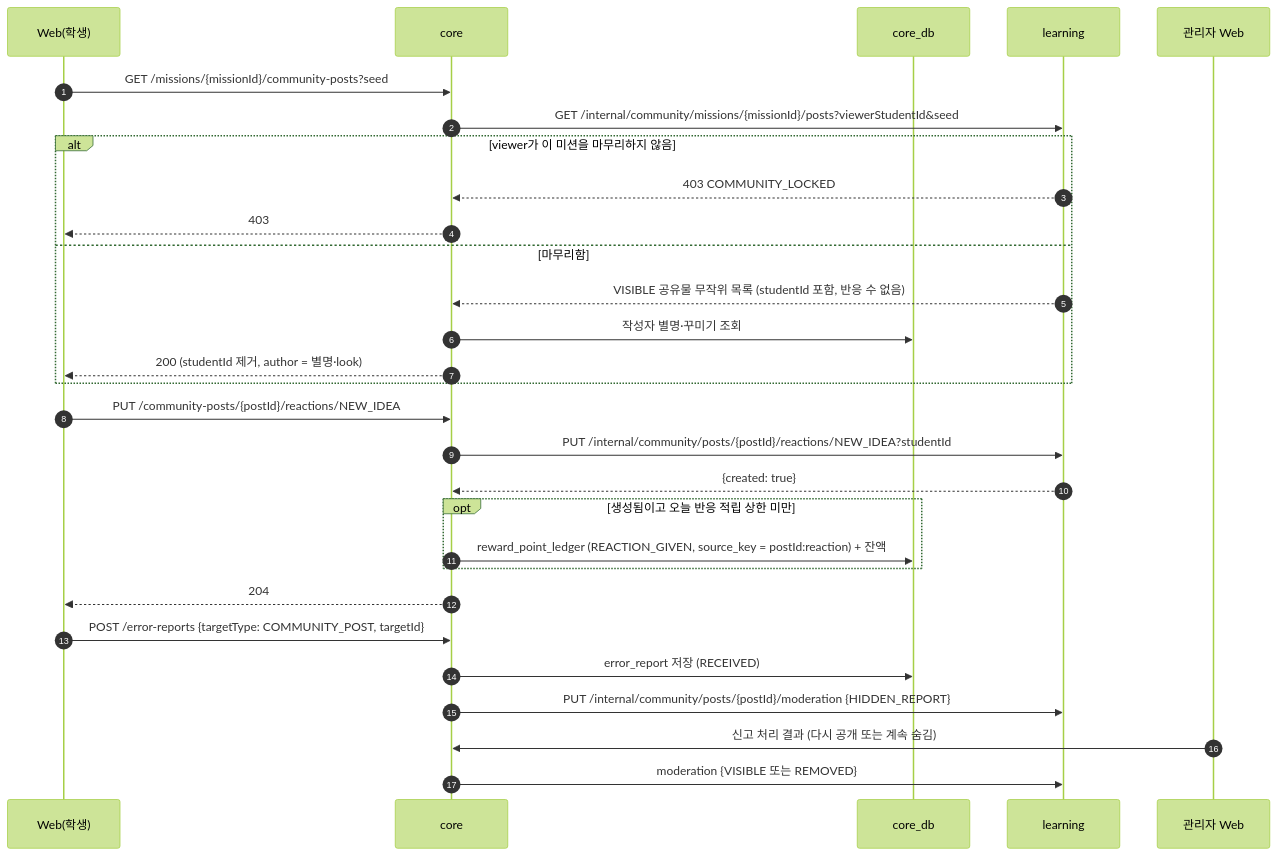
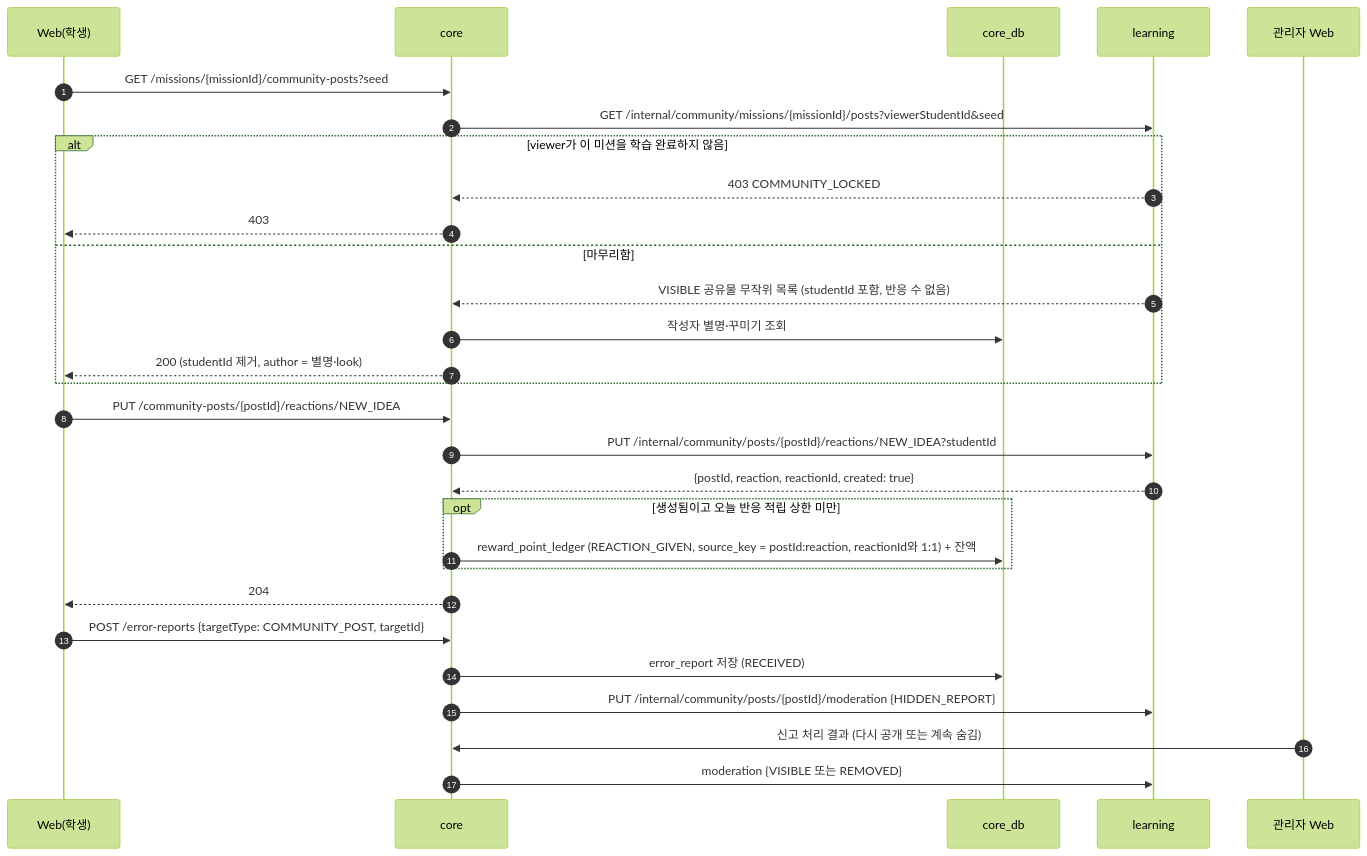
Before and after one commit to SKNETWORKS-FAMILY-AICAMP/SKN34-FINAL-3TEAM: diagram 17 of 33 in docs/design/sequence-diagram.md, drawn with Mermaid (forest theme). The commit also changed other lines of this file and 26 other files, not shown here.

````diff
--- a/docs/design/sequence-diagram.md
+++ b/docs/design/sequence-diagram.md
@@ -650,32 +650,32 @@
 ```mermaid
 sequenceDiagram
   autonumber
   participant W as Web(학생)
   participant C as core
   participant CDB as core_db
   participant L as learning
   participant A as 관리자 Web
 
   W->>C: GET /missions/{missionId}/community-posts?seed
   C->>L: GET /internal/community/missions/{missionId}/posts?viewerStudentId&seed
-  alt viewer가 이 미션을 마무리하지 않음
+  alt viewer가 이 미션을 학습 완료하지 않음
     L-->>C: 403 COMMUNITY_LOCKED
     C-->>W: 403
   else 마무리함
     L-->>C: VISIBLE 공유물 무작위 목록 (studentId 포함, 반응 수 없음)
     C->>CDB: 작성자 별명·꾸미기 조회
     C-->>W: 200 (studentId 제거, author = 별명·look)
   end
   W->>C: PUT /community-posts/{postId}/reactions/NEW_IDEA
   C->>L: PUT /internal/community/posts/{postId}/reactions/NEW_IDEA?studentId
-  L-->>C: {created: true}
+  L-->>C: {postId, reaction, reactionId, created: true}
   opt 생성됨이고 오늘 반응 적립 상한 미만
-    C->>CDB: reward_point_ledger (REACTION_GIVEN, source_key = postId:reaction) + 잔액
+    C->>CDB: reward_point_ledger (REACTION_GIVEN, source_key = postId:reaction, reactionId와 1:1) + 잔액
   end
   C-->>W: 204
   W->>C: POST /error-reports {targetType: COMMUNITY_POST, targetId}
   C->>CDB: error_report 저장 (RECEIVED)
   C->>L: PUT /internal/community/posts/{postId}/moderation {HIDDEN_REPORT}
   A->>C: 신고 처리 결과 (다시 공개 또는 계속 숨김)
   C->>L: moderation {VISIBLE 또는 REMOVED}
 ```
````
